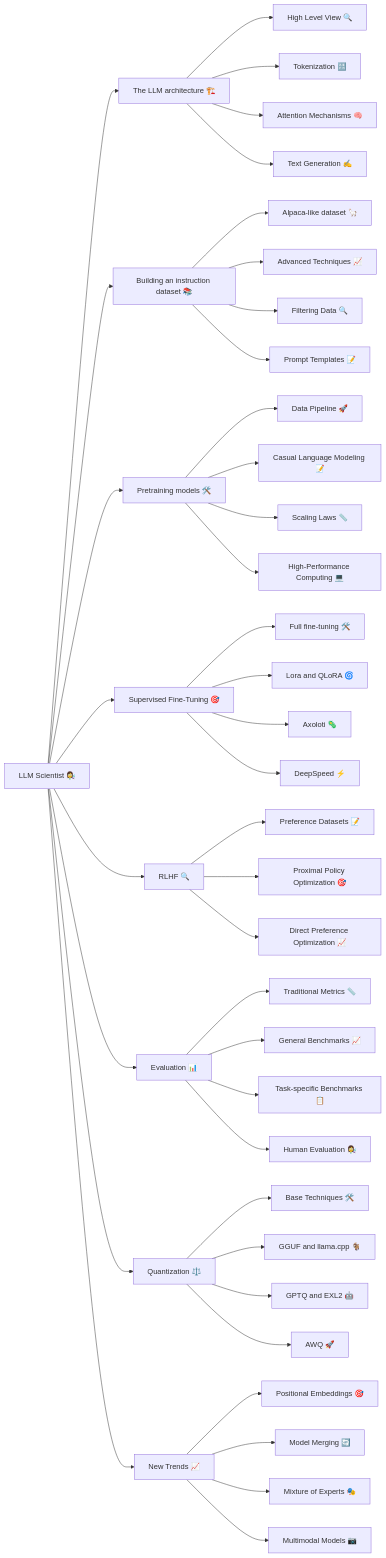
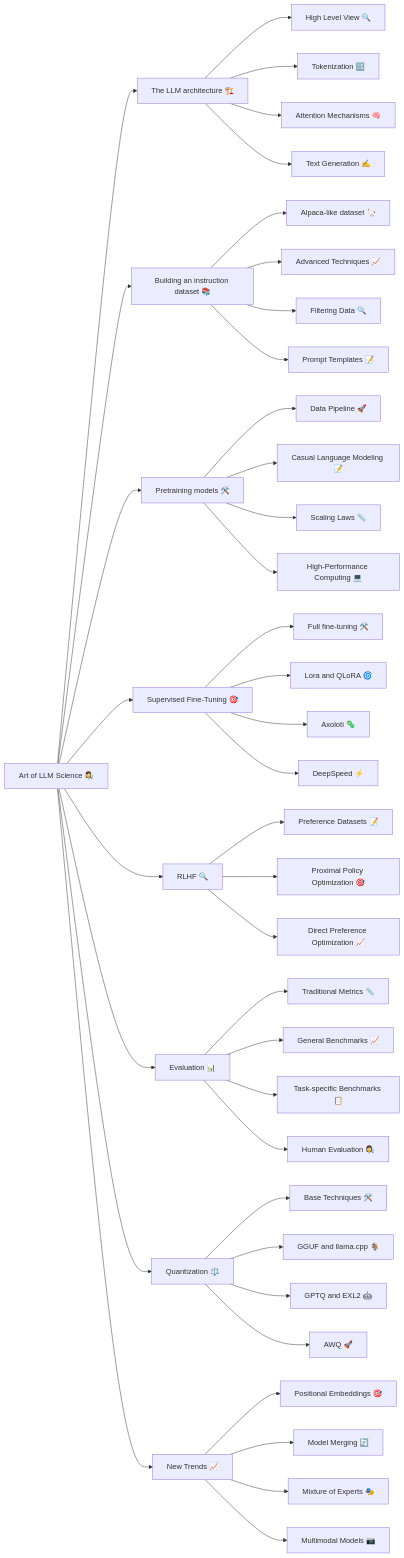
The diagram in README.md (ghimiresunil/LLM-PowerHouse-A-Curated-Guide-for-Large-Language-Models-with-Custom-Training-and-Inferencing), drawn with Mermaid before and after one commit.

Commit message:
Update LLM Scientist to Art of LLM Science

````diff
--- a/README.md
+++ b/README.md
@@ -28,42 +28,42 @@
 ```mermaid
 graph LR
-    Scientist["LLM Scientist 👩‍🔬"] --> Architecture["The LLM architecture 🏗️"]
-    Scientist["LLM Scientist 👩‍🔬"] --> Instruction["Building an instruction dataset 📚"]
-    Scientist["LLM Scientist 👩‍🔬"] --> Pretraining["Pretraining models 🛠️"]
-    Scientist["LLM Scientist 👩‍🔬"] --> FineTuning["Supervised Fine-Tuning 🎯"]
-    Scientist["LLM Scientist 👩‍🔬"] --> RLHF["RLHF 🔍"]
-    Scientist["LLM Scientist 👩‍🔬"] --> Evaluation["Evaluation 📊"]
-    Scientist["LLM Scientist 👩‍🔬"] --> Quantization["Quantization ⚖️"]
-    Scientist["LLM Scientist 👩‍🔬"] --> Trends["New Trends 📈"]
+    Scientist["Art of LLM Science 👩‍🔬"] --> Architecture["The LLM architecture 🏗️"]
+    Scientist["Art of LLM Science 👩‍🔬"] --> Instruction["Building an instruction dataset 📚"]
+    Scientist["Art of LLM Science 👩‍🔬"] --> Pretraining["Pretraining models 🛠️"]
+    Scientist["Art of LLM Science 👩‍🔬"] --> FineTuning["Supervised Fine-Tuning 🎯"]
+    Scientist["Art of LLM Science 👩‍🔬"] --> RLHF["RLHF 🔍"]
+    Scientist["Art of LLM Science 👩‍🔬"] --> Evaluation["Evaluation 📊"]
+    Scientist["Art of LLM Science 👩‍🔬"] --> Quantization["Quantization ⚖️"]
+    Scientist["Art of LLM Science 👩‍🔬"] --> Trends["New Trends 📈"]
     Architecture["The LLM architecture 🏗️"] --> HLV["High Level View 🔍"]
     Architecture["The LLM architecture 🏗️"] --> Tokenization["Tokenization 🔠"]
     Architecture["The LLM architecture 🏗️"] --> Attention["Attention Mechanisms 🧠"]
     Architecture["The LLM architecture 🏗️"] --> Generation["Text Generation ✍️"]
     Instruction["Building an instruction dataset 📚"] --> Alpaca["Alpaca-like dataset 🦙"]
     Instruction["Building an instruction dataset 📚"] --> Advanced["Advanced Techniques 📈"]
     Instruction["Building an instruction dataset 📚"] --> Filtering["Filtering Data 🔍"]
     Instruction["Building an instruction dataset 📚"] --> Prompt["Prompt Templates 📝"]
     Pretraining["Pretraining models 🛠️"] --> Pipeline["Data Pipeline 🚀"]
     Pretraining["Pretraining models 🛠️"] --> CLM["Casual Language Modeling 📝"]
     Pretraining["Pretraining models 🛠️"] --> Scaling["Scaling Laws 📏"]
     Pretraining["Pretraining models 🛠️"] --> HPC["High-Performance Computing 💻"]
     FineTuning["Supervised Fine-Tuning 🎯"] --> Full["Full fine-tuning 🛠️"]
     FineTuning["Supervised Fine-Tuning 🎯"] --> Lora["Lora and QLoRA 🌀"]
     FineTuning["Supervised Fine-Tuning 🎯"] --> Axoloti["Axoloti 🦠"]
     FineTuning["Supervised Fine-Tuning 🎯"] --> DeepSpeed["DeepSpeed ⚡"]
     RLHF["RLHF 🔍"] --> Preference["Preference Datasets 📝"]
     RLHF["RLHF 🔍"] --> Optimization["Proximal Policy Optimization 🎯"]
     RLHF["RLHF 🔍"] --> DPO["Direct Preference Optimization 📈"]
     Evaluation["Evaluation 📊"] --> Traditional["Traditional Metrics 📏"]
     Evaluation["Evaluation 📊"] --> General["General Benchmarks 📈"]
     Evaluation["Evaluation 📊"] --> Task["Task-specific Benchmarks 📋"]
     Evaluation["Evaluation 📊"] --> HF["Human Evaluation 👩‍🔬"]
     Quantization["Quantization ⚖️"] --> Base["Base Techniques 🛠️"]
     Quantization["Quantization ⚖️"] --> GGUF["GGUF and llama.cpp 🐐"]
     Quantization["Quantization ⚖️"] --> GPTQ["GPTQ and EXL2 🤖"]
     Quantization["Quantization ⚖️"] --> AWQ["AWQ 🚀"]
     Trends["New Trends 📈"] --> Positional["Positional Embeddings 🎯"]
     Trends["New Trends 📈"] --> Merging["Model Merging 🔄"]
     Trends["New Trends 📈"] --> MOE["Mixture of Experts 🎭"]
     Trends["New Trends 📈"] --> Multimodal["Multimodal Models 📷"]
 ```    
````
